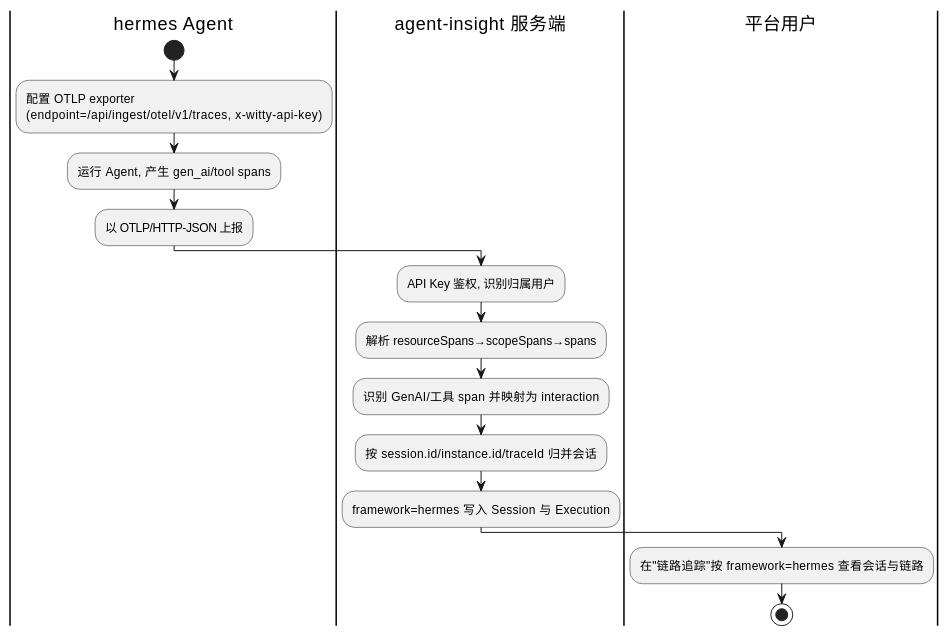
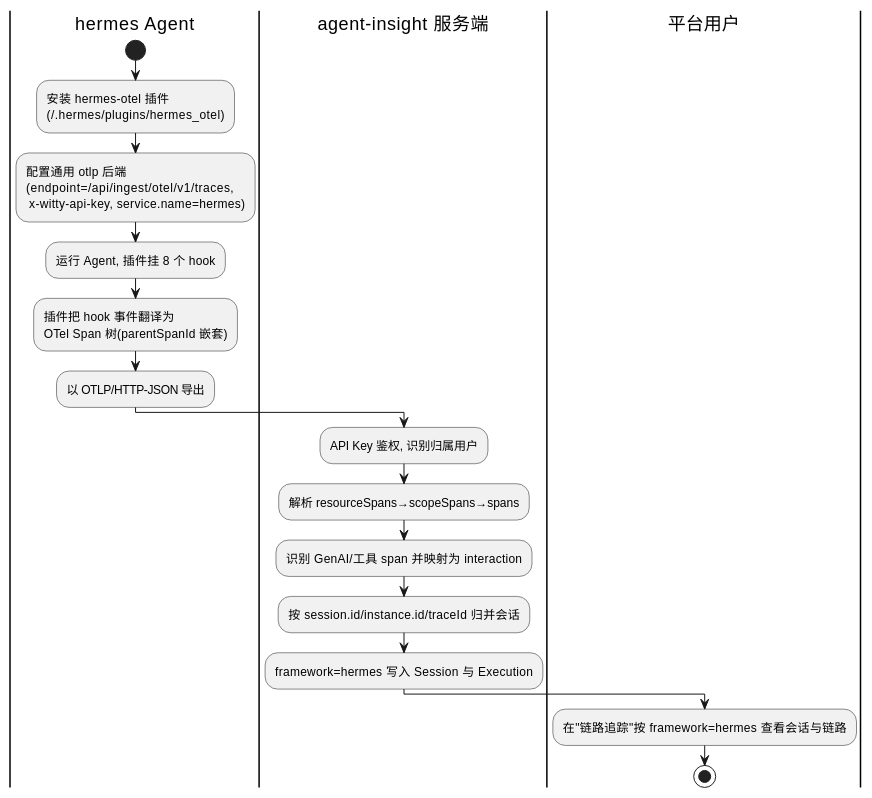
Before and after one commit to openeuler-mirror/agent-insight: the diagram in docs/design/hermes-otel-adapter/phase1-requirements-analysis.md, drawn with PlantUML. The commit also changed other lines of this file and 9 other files, not shown here.

````diff
--- a/docs/design/hermes-otel-adapter/phase1-requirements-analysis.md
+++ b/docs/design/hermes-otel-adapter/phase1-requirements-analysis.md
@@ -44,18 +55,20 @@
 ```plantuml
 @startuml
 |hermes Agent|
 start
-:配置 OTLP exporter\n(endpoint=/api/ingest/otel/v1/traces, x-witty-api-key);
-:运行 Agent, 产生 gen_ai/tool spans;
-:以 OTLP/HTTP-JSON 上报;
+:安装 hermes-otel 插件\n(~/.hermes/plugins/hermes_otel);
+:配置通用 otlp 后端\n(endpoint=/api/ingest/otel/v1/traces,\n x-witty-api-key, service.name=hermes);
+:运行 Agent, 插件挂 8 个 hook;
+:插件把 hook 事件翻译为\nOTel Span 树(parentSpanId 嵌套);
+:以 OTLP/HTTP-JSON 导出;
 |agent-insight 服务端|
 :API Key 鉴权, 识别归属用户;
 :解析 resourceSpans→scopeSpans→spans;
 :识别 GenAI/工具 span 并映射为 interaction;
 :按 session.id/instance.id/traceId 归并会话;
 :framework=hermes 写入 Session 与 Execution;
 |平台用户|
 :在"链路追踪"按 framework=hermes 查看会话与链路;
 stop
 @enduml
 ```
````
